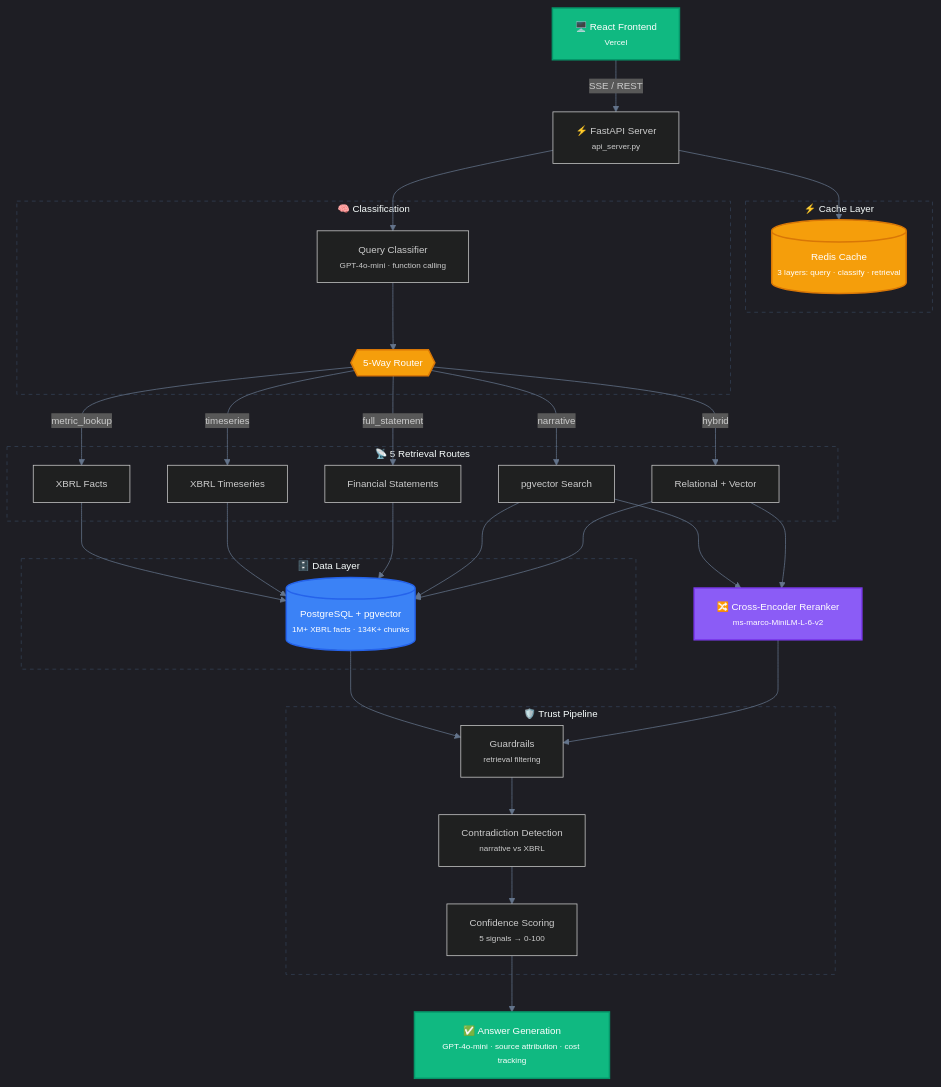
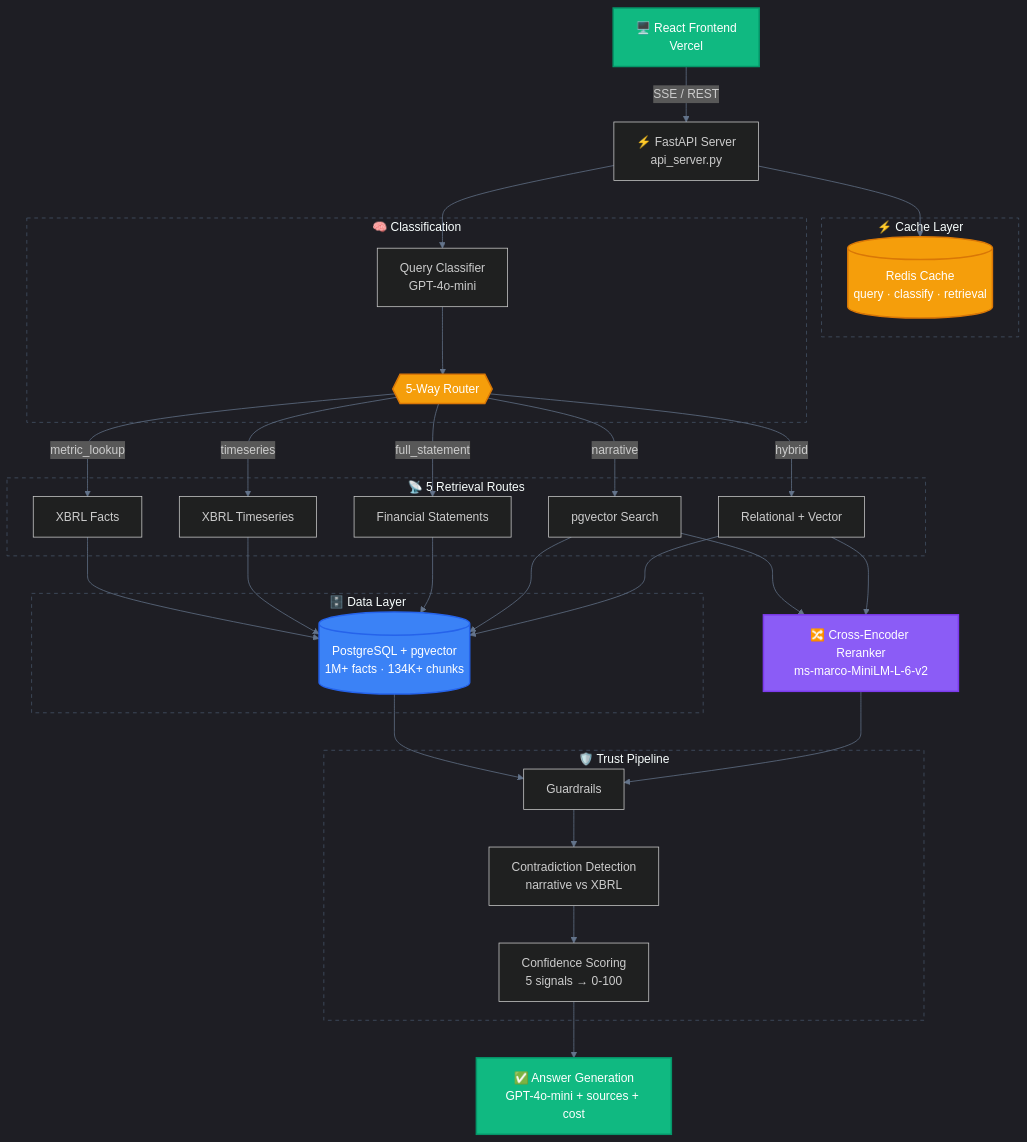
The first of 2 diagrams in docs/architecture.md (bhattaraisubal-eng/sec-intelligence-system), drawn with Mermaid before and after one commit. The commit also changed other lines of this file and 3 other files, not shown here.

First line of the commit message:
Fix Mermaid diagram text cutoff - remove unsupported HTML tags

````diff
--- a/docs/architecture.md
+++ b/docs/architecture.md
@@ -9,69 +9,69 @@
 ```mermaid
-%%{init: {'theme': 'dark', 'themeVariables': {'primaryColor': '#1e293b', 'primaryBorderColor': '#475569', 'lineColor': '#64748b', 'fontFamily': 'ui-monospace, monospace', 'fontSize': '13px'}}}%%
+%%{init: {'theme': 'dark', 'themeVariables': {'primaryColor': '#1e293b', 'primaryBorderColor': '#475569', 'lineColor': '#64748b'}}}%%
 graph TD
-    A["🖥️ React Frontend<br/><small>Vercel</small>"] -->|"SSE / REST"| B["⚡ FastAPI Server<br/><small>api_server.py</small>"]
+    A["🖥️ React Frontend<br/>Vercel"] -->|"SSE / REST"| B["⚡ FastAPI Server<br/>api_server.py"]
 
-    subgraph caching ["⚡ Cache Layer"]
-        C[("Redis Cache<br/><small>3 layers: query · classify · retrieval</small>")]
+    subgraph caching [" ⚡ Cache Layer "]
+        C[("Redis Cache<br/>query · classify · retrieval")]
     end
 
     B --> C
     B --> D
 
-    subgraph classification ["🧠 Classification"]
-        D["Query Classifier<br/><small>GPT-4o-mini · function calling</small>"]
+    subgraph classification [" 🧠 Classification "]
+        D["Query Classifier<br/>GPT-4o-mini"]
         D --> E{{"5-Way Router"}}
     end
 
-    subgraph retrieval ["📡 5 Retrieval Routes"]
+    subgraph retrieval [" 📡 5 Retrieval Routes "]
         E -->|"metric_lookup"| F["XBRL Facts"]
         E -->|"timeseries"| G["XBRL Timeseries"]
         E -->|"full_statement"| H["Financial Statements"]
         E -->|"narrative"| I["pgvector Search"]
         E -->|"hybrid"| J["Relational + Vector"]
     end
 
-    subgraph data ["🗄️ Data Layer"]
-        K[("PostgreSQL + pgvector<br/><small>1M+ XBRL facts · 134K+ chunks</small>")]
+    subgraph data [" 🗄️ Data Layer "]
+        K[("PostgreSQL + pgvector<br/>1M+ facts · 134K+ chunks")]
     end
 
     F --> K
     G --> K
     H --> K
     I --> K
     J --> K
 
-    I --> L["🔀 Cross-Encoder Reranker<br/><small>ms-marco-MiniLM-L-6-v2</small>"]
+    I --> L["🔀 Cross-Encoder Reranker<br/>ms-marco-MiniLM-L-6-v2"]
     J --> L
 
-    subgraph trust ["🛡️ Trust Pipeline"]
-        M["Guardrails<br/><small>retrieval filtering</small>"]
-        M --> M2["Contradiction Detection<br/><small>narrative vs XBRL</small>"]
-        M2 --> M3["Confidence Scoring<br/><small>5 signals → 0-100</small>"]
+    subgraph trust [" 🛡️ Trust Pipeline "]
+        M["Guardrails"]
+        M --> M2["Contradiction Detection<br/>narrative vs XBRL"]
+        M2 --> M3["Confidence Scoring<br/>5 signals → 0-100"]
     end
 
     K --> M
     L --> M
 
-    M3 --> N["✅ Answer Generation<br/><small>GPT-4o-mini · source attribution · cost tracking</small>"]
+    M3 --> N["✅ Answer Generation<br/>GPT-4o-mini + sources + cost"]
 
     classDef frontend fill:#10b981,stroke:#059669,color:#fff,stroke-width:2px
     classDef cache fill:#f59e0b,stroke:#d97706,color:#fff,stroke-width:2px
     classDef router fill:#f59e0b,stroke:#d97706,color:#fff,stroke-width:2px
     classDef db fill:#3b82f6,stroke:#2563eb,color:#fff,stroke-width:2px
     classDef ml fill:#8b5cf6,stroke:#7c3aed,color:#fff,stroke-width:2px
     classDef output fill:#10b981,stroke:#059669,color:#fff,stroke-width:2px
 
     class A frontend
     class C cache
     class E router
     class K db
     class L ml
     class N output
 
-    style caching fill:transparent,stroke:#334155,stroke-width:1px,stroke-dasharray:5 5
-    style classification fill:transparent,stroke:#334155,stroke-width:1px,stroke-dasharray:5 5
-    style retrieval fill:transparent,stroke:#334155,stroke-width:1px,stroke-dasharray:5 5
-    style data fill:transparent,stroke:#334155,stroke-width:1px,stroke-dasharray:5 5
-    style trust fill:transparent,stroke:#334155,stroke-width:1px,stroke-dasharray:5 5
+    style caching fill:transparent,stroke:#475569,stroke-width:1px,stroke-dasharray:5 5
+    style classification fill:transparent,stroke:#475569,stroke-width:1px,stroke-dasharray:5 5
+    style retrieval fill:transparent,stroke:#475569,stroke-width:1px,stroke-dasharray:5 5
+    style data fill:transparent,stroke:#475569,stroke-width:1px,stroke-dasharray:5 5
+    style trust fill:transparent,stroke:#475569,stroke-width:1px,stroke-dasharray:5 5
 ```
````
